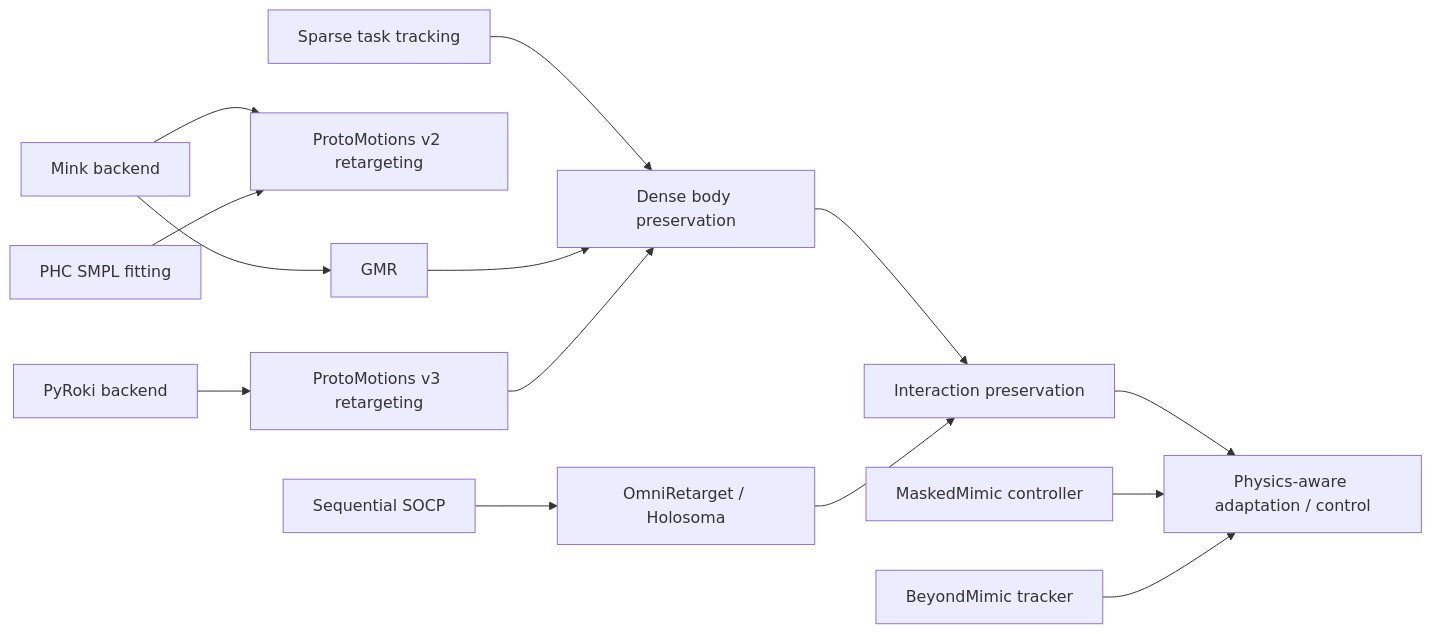
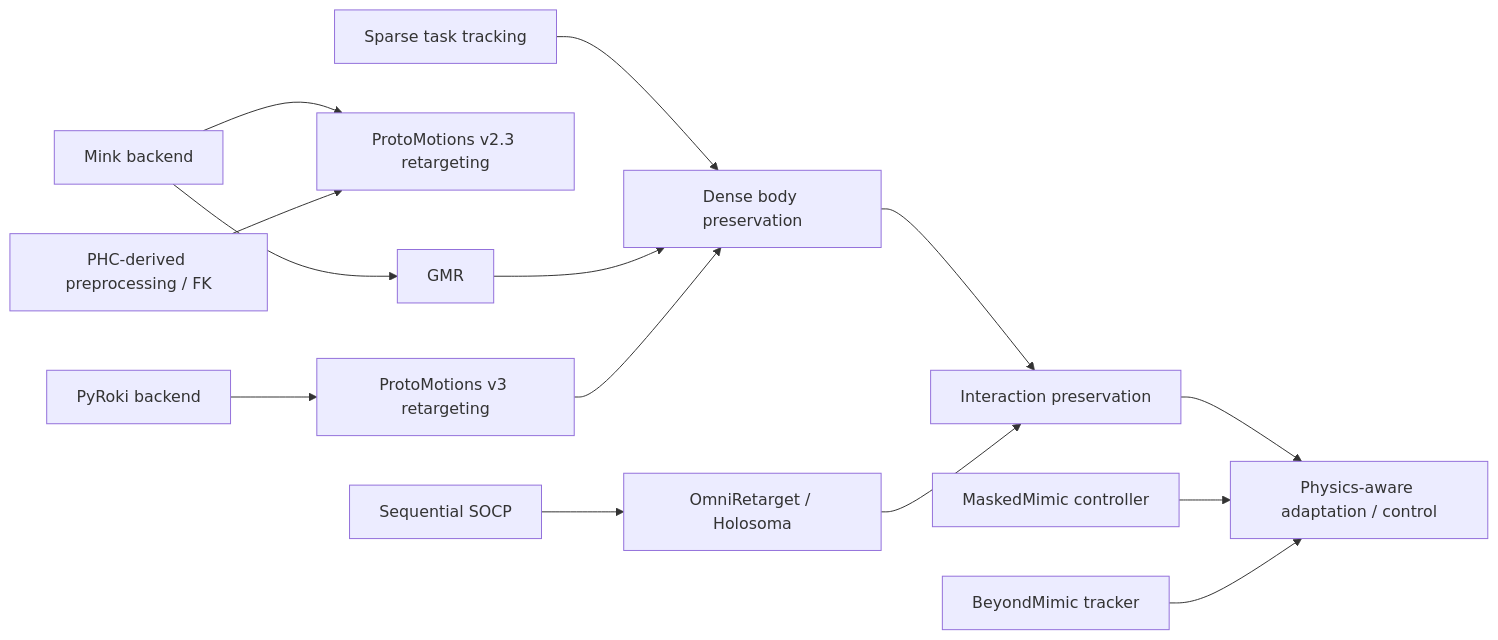
Before and after one commit to Arkitect-z/retargeting_comparison: the diagram in research/lineage_evidence.md, drawn with Mermaid. The commit also changed 39 other files, not shown here.

````diff
--- a/research/lineage_evidence.md
+++ b/research/lineage_evidence.md
@@ -7,16 +7,16 @@
 ```mermaid
 flowchart LR
   Mink[Mink backend] --> GMR[GMR]
-  Mink --> PM2[ProtoMotions v2 retargeting]
+  Mink --> PM2[ProtoMotions v2.3 retargeting]
   PyRoki[PyRoki backend] --> PM3[ProtoMotions v3 retargeting]
-  PHC[PHC SMPL fitting] --> PM2
+  PHC[PHC-derived preprocessing / FK] --> PM2
   SOCP[Sequential SOCP] --> Omni[OmniRetarget / Holosoma]
   Sparse[Sparse task tracking] --> Dense[Dense body preservation]
   Dense --> Interaction[Interaction preservation]
   Interaction --> Physics[Physics-aware adaptation / control]
   GMR --> Dense
   PM3 --> Dense
   Omni --> Interaction
   MaskedMimic[MaskedMimic controller] --> Physics
   BeyondMimic[BeyondMimic tracker] --> Physics
 ```
````
